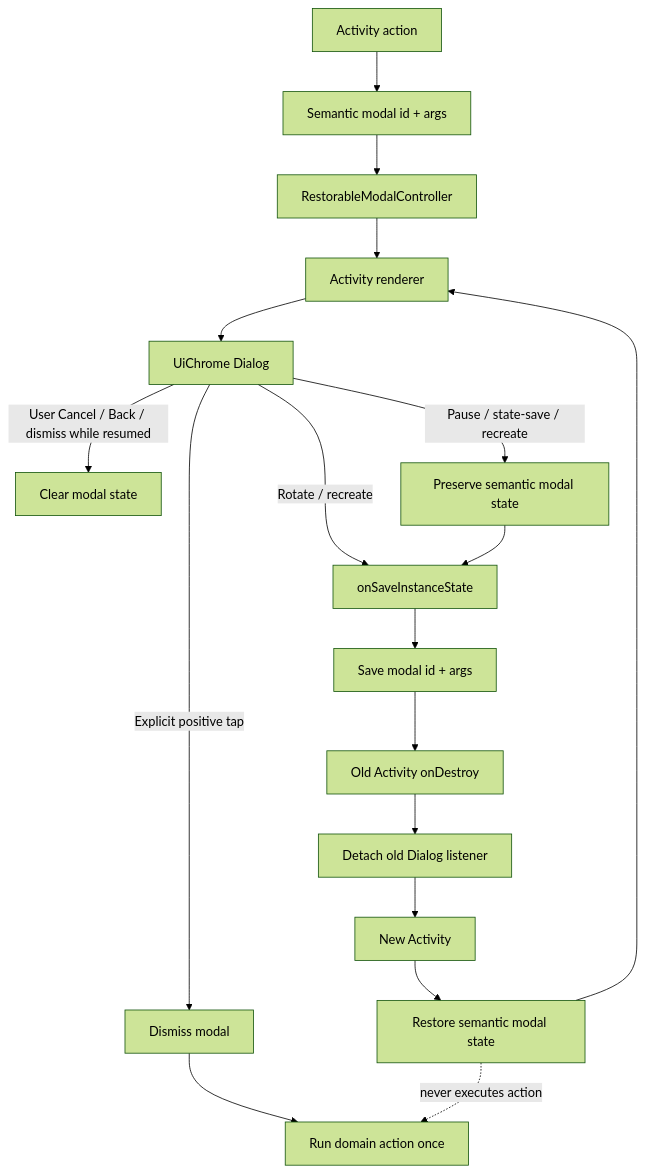
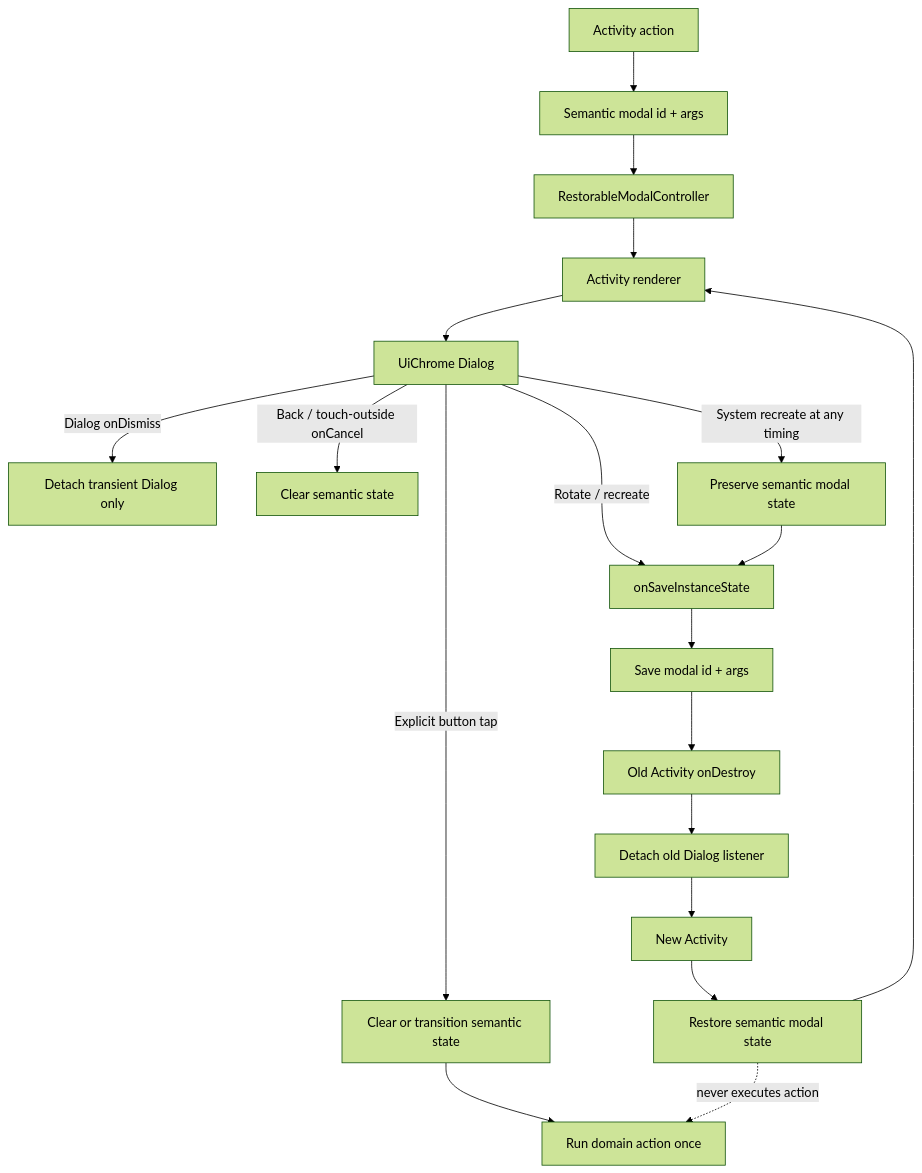
The diagram in docs/v.1.4.50/diagrams/RESTORABLE_MODAL_LIFECYCLE.md (faric-ua/YTM), drawn with Mermaid (forest theme) before and after one commit. The commit also changed other lines of this file and 25 other files, not shown here.

````diff
--- a/docs/v.1.4.50/diagrams/RESTORABLE_MODAL_LIFECYCLE.md
+++ b/docs/v.1.4.50/diagrams/RESTORABLE_MODAL_LIFECYCLE.md
@@ -3,23 +3,24 @@
 ```mermaid
 flowchart TD
     A[Activity action] --> B[Semantic modal id + args]
     B --> C[RestorableModalController]
     C --> D[Activity renderer]
     D --> E[UiChrome Dialog]
 
     E -->|Rotate / recreate| F[onSaveInstanceState]
     F --> G[Save modal id + args]
     G --> H[Old Activity onDestroy]
     H --> I[Detach old Dialog listener]
     I --> J[New Activity]
     J --> K[Restore semantic modal state]
     K --> D
 
-    E -->|User Cancel / Back / dismiss while resumed| L[Clear modal state]
-    E -->|Pause / state-save / recreate| P[Preserve semantic modal state]
+    E -->|Dialog onDismiss| T[Detach transient Dialog only]
+    E -->|Back / touch-outside onCancel| L[Clear semantic state]
+    E -->|Explicit button tap| M[Clear or transition semantic state]
+    E -->|System recreate at any timing| P[Preserve semantic modal state]
     P --> F
-    E -->|Explicit positive tap| M[Dismiss modal]
     M --> N[Run domain action once]
 
     K -. never executes action .-> N
 ```
````
